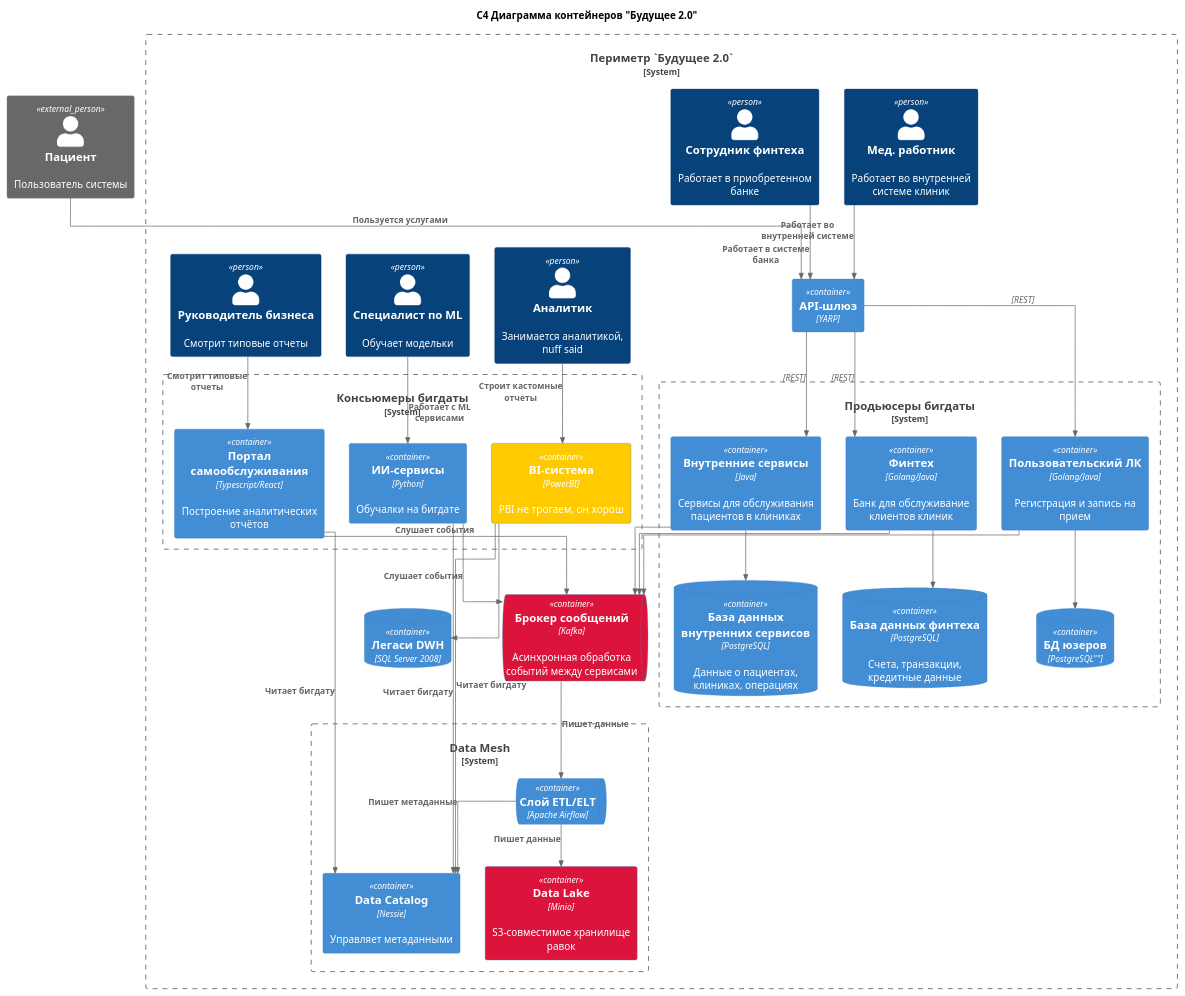
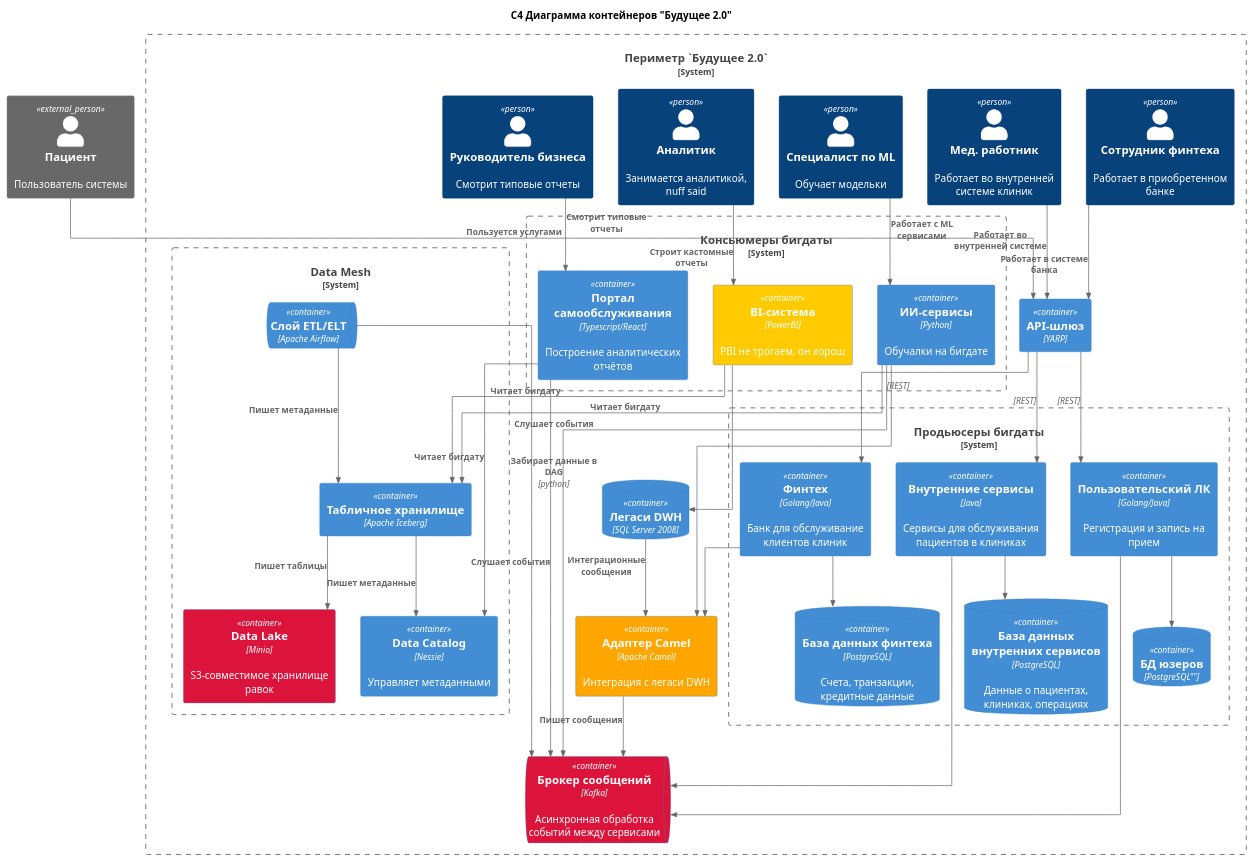
One commit to Adskoy/architecture-future_2_0 changed the diagram in Task1/container-to-be.puml. Above: the diagram before and after it, drawn with PlantUML. The commit also changed 2 other files, not shown here.

```diff
--- a/Task1/container-to-be.puml
+++ b/Task1/container-to-be.puml
@@ -1,69 +1,75 @@
 @startuml
 title C4 Диаграмма контейнеров "Будущее 2.0"
 top to bottom direction
 !includeurl https://raw.githubusercontent.com/plantuml-stdlib/C4-PlantUML/master/C4_Component.puml
 skinparam linetype ortho
 
 Person_Ext(customer, "Пациент", "Пользователь системы")
 
 System_Boundary(b0, "Периметр `Будущее 2.0`") {
     Person(operator, "Мед. работник", "Работает во внутренней системе клиник")
     Person(fin_operator, "Сотрудник финтеха", "Работает в приобретенном банке")
     Person(analyst, "Аналитик", "Занимается аналитикой, nuff said")
     Person(ai_spec, "Специалист по ML", "Обучает модельки")
     Person(stakeholder, "Руководитель бизнеса", "Смотрит типовые отчеты")
     Container(api, "API-шлюз", "YARP")
     ContainerQueue(kafka, "Брокер сообщений", "Kafka", "Асинхронная обработка событий между сервисами") #crimson
     ContainerDb(legacy, "Легаси DWH", "SQL Server 2008")
+    Container(camel, "Адаптер Camel", "Apache Camel", "Интеграция с легаси DWH") #orange
 
     System_Boundary(producers, "Продьюсеры бигдаты") {
         Container(user, "Пользовательский ЛК", "Golang/Java", "Регистрация и запись на прием")
         ContainerDb(user_db, "БД юзеров", PostgreSQL"")
         Rel(user, user_db, "", "")
         Container(finance, "Финтех", "Golang/Java", "Банк для обслуживание клиентов клиник")
         ContainerDb(finance_db, "База данных финтеха", "PostgreSQL", "Счета, транзакции, кредитные данные")
         Rel(finance, finance_db, "", "")
         Container(inner, "Внутренние сервисы", "Java", "Сервисы для обслуживания пациентов в клиниках")
         ContainerDb(inner_db, "База данных внутренних сервисов", "PostgreSQL", "Данные о пациентах, клиниках, операциях")
         Rel(inner, inner_db, "", "")
-        Rel(finance, kafka, "")
+        Rel(finance, camel, "")
         Rel(inner, kafka, "")
         Rel(user, kafka, "")
     }
 
     System_Boundary(consumers, "Консьюмеры бигдаты") {
             Container(ai, "ИИ-сервисы", "Python", "Обучалки на бигдате")
             Container(bi, "BI-система", "PowerBI", "PBI не трогаем, он хорош") #ffca00
             Container(portal, "Портал самообслуживания", "Typescript/React", "Построение аналитических отчётов")
         }
 
     System_Boundary(storage, "Data Mesh") {
         ContainerQueue(etl, "Слой ETL/ELT", "Apache Airflow")
         Container(catalog, "Data Catalog", "Nessie", "Управляет метаданными")
+        Container(table, "Табличное хранилище", "Apache Iceberg", "")
         Container(s3, "Data Lake", "Minio", "S3-совместимое хранилище равок") #crimson
-        Rel(etl, s3, "Пишет данные", "")
-        Rel(etl, catalog, "Пишет метаданные", "")
-        Rel(kafka, etl, "Пишет данные", "")
+        Rel(etl, table, "Пишет метаданные", "")
+        Rel(table, catalog, "Пишет метаданные", "")
+        Rel(table, s3, "Пишет таблицы", "")
+        Rel(etl, kafka, "Забирает данные в DAG", "python")
         Rel(ai, kafka, "Слушает события")
         Rel(portal, kafka, "Слушает события")
         Rel(portal, catalog, "Читает бигдату")
-        Rel(ai, catalog, "Читает бигдату")
-        Rel(bi, catalog, "Читает бигдату")
+        Rel(ai, table, "Читает бигдату")
+        Rel(bi, table, "Читает бигдату")
     }
 
     Rel(api, inner, "", "REST")
     Rel(api, finance, "", "REST")
     Rel(api, user, "", "REST")
 
     Rel(bi, legacy, "")
+    Rel(legacy, camel, "Интеграционные сообщения")
+    Rel(camel, kafka, "Пишет сообщения")
+    Rel(ai, camel, "")
 
     Rel(operator, api, "Работает во внутренней системе", "")
     Rel(fin_operator, api, "Работает в системе банка", "")
     Rel(analyst, bi, "Строит кастомные отчеты", "")
     Rel(ai_spec, ai, "Работает с ML сервисами", "")
     Rel(stakeholder, portal, "Смотрит типовые отчеты", "")
     Rel(customer, api, "Пользуется услугами", "")
 }
 
 
 @enduml
```
